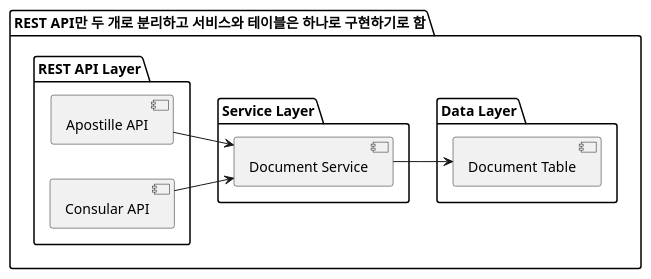
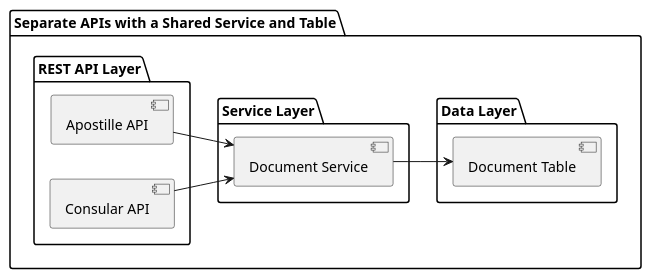
Before and after one commit to mannercode/mannercode.github.io: the fourth of 6 diagrams in _posts/2024-05-04-ebi-en.md, drawn with PlantUML. The commit also changed other lines of this file, not shown here.

```diff
--- a/_posts/2024-05-04-ebi-en.md
+++ b/_posts/2024-05-04-ebi-en.md
@@ -243,25 +245,25 @@
 {% plantuml %}
 @startuml
 left to right direction
 
-package "REST API만 두 개로 분리하고 서비스와 테이블은 하나로 구현하기로 함" {
+package "Separate APIs with a Shared Service and Table" {
     package "REST API Layer" {
     [Apostille API]
     [Consular API]
     }
 
     package "Service Layer" {
     [Document Service]
     }
 
     package "Data Layer" {
     [Document Table]
     }
 
     [Apostille API] --> [Document Service]
     [Consular API] --> [Document Service]
     [Document Service] --> [Document Table]
 }
 
 @enduml
 {% endplantuml %}
```
